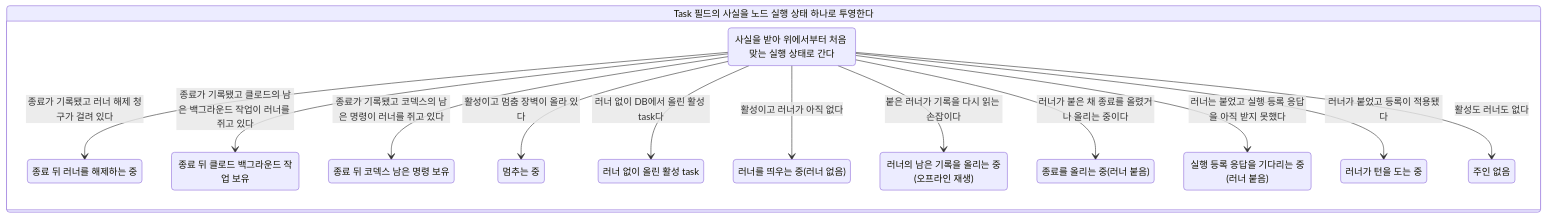
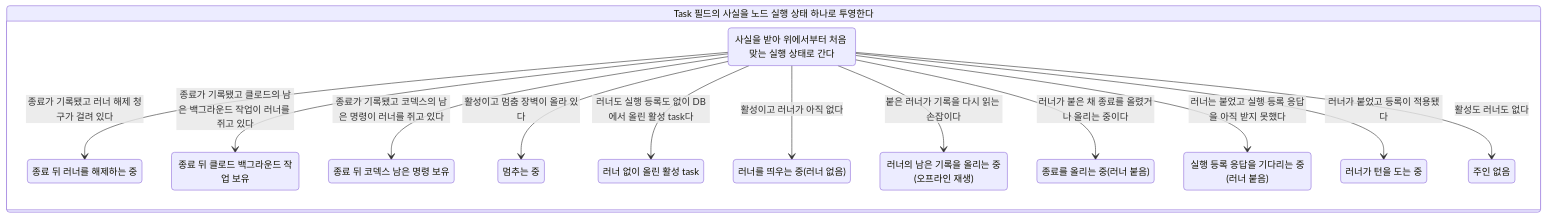
The diagram in docs/nodes/generated/01-execution-phase.mmd (eiaserinnys/soulstream), drawn with Mermaid before and after one commit. The commit also changed 17 other files, not shown here.

```diff
--- a/docs/nodes/generated/01-execution-phase.mmd
+++ b/docs/nodes/generated/01-execution-phase.mmd
@@ -1,30 +1,30 @@
 stateDiagram-v2
 direction TB
 classDef breaks fill:#ffecee,stroke:#e72e3b,stroke-width:2px,color:#cd2834
 classDef hole fill:#ffffff,stroke:#9a9a9a,stroke-dasharray:4 3
 state "Task 필드의 사실을 노드 실행 상태 하나로 투영한다" as nodeExecution {
     direction TB
     state "사실을 받아 위에서부터 처음 맞는 실행 상태로 간다" as nodeExecution_project
     state "종료 뒤 러너를 해제하는 중" as nodeExecution_retained_releasing
     state "종료 뒤 클로드 백그라운드 작업 보유" as nodeExecution_retained_claude_background
     state "종료 뒤 코덱스 남은 명령 보유" as nodeExecution_retained_codex_command
     state "멈추는 중" as nodeExecution_stopping
     state "러너 없이 올린 활성 task" as nodeExecution_hydrated_active
     state "러너를 띄우는 중(러너 없음)" as nodeExecution_starting
     state "러너의 남은 기록을 올리는 중(오프라인 재생)" as nodeExecution_replaying
     state "종료를 올리는 중(러너 붙음)" as nodeExecution_terminating
     state "실행 등록 응답을 기다리는 중(러너 붙음)" as nodeExecution_registering
     state "러너가 턴을 도는 중" as nodeExecution_running
     state "주인 없음" as nodeExecution_idle
     nodeExecution_project --> nodeExecution_retained_releasing: 종료가 기록됐고 러너 해제 청구가 걸려 있다
     nodeExecution_project --> nodeExecution_retained_claude_background: 종료가 기록됐고 클로드의 남은 백그라운드 작업이 러너를 쥐고 있다
     nodeExecution_project --> nodeExecution_retained_codex_command: 종료가 기록됐고 코덱스의 남은 명령이 러너를 쥐고 있다
     nodeExecution_project --> nodeExecution_stopping: 활성이고 멈춤 장벽이 올라 있다
-    nodeExecution_project --> nodeExecution_hydrated_active: 러너 없이 DB에서 올린 활성 task다
+    nodeExecution_project --> nodeExecution_hydrated_active: 러너도 실행 등록도 없이 DB에서 올린 활성 task다
     nodeExecution_project --> nodeExecution_starting: 활성이고 러너가 아직 없다
     nodeExecution_project --> nodeExecution_replaying: 붙은 러너가 기록을 다시 읽는 손잡이다
     nodeExecution_project --> nodeExecution_terminating: 러너가 붙은 채 종료를 올렸거나 올리는 중이다
     nodeExecution_project --> nodeExecution_registering: 러너는 붙었고 실행 등록 응답을 아직 받지 못했다
     nodeExecution_project --> nodeExecution_running: 러너가 붙었고 등록이 적용됐다
     nodeExecution_project --> nodeExecution_idle: 활성도 러너도 없다
 }
```
